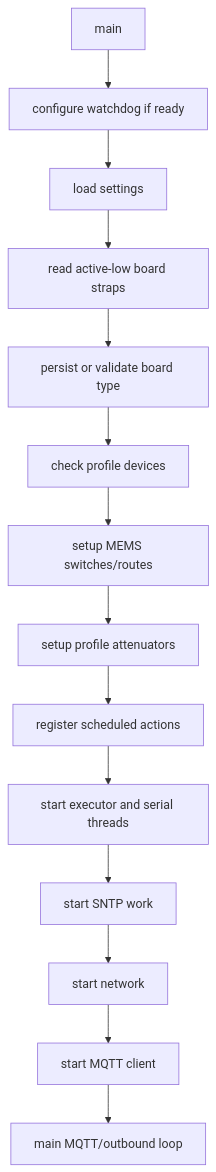
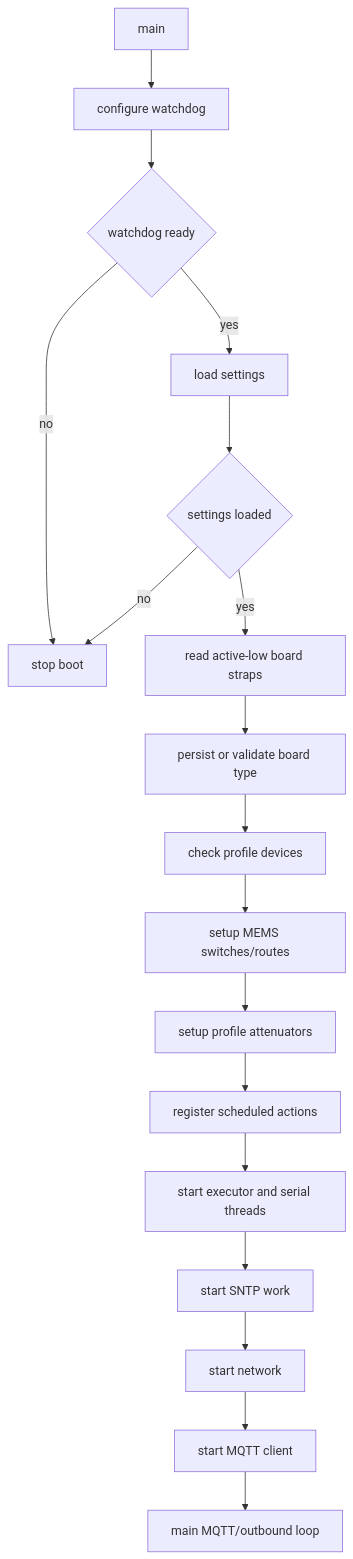
Before and after one commit to COO-Utilities/hispec-tib: the second of 17 diagrams in doc/diagrams.md, drawn with Mermaid. The commit also changed other lines of this file and 21 other files, not shown here.

````diff
--- a/doc/diagrams.md
+++ b/doc/diagrams.md
@@ -38,16 +38,20 @@
 ```mermaid
 flowchart TD
-  Start[main] --> Watchdog[configure watchdog if ready]
-  Watchdog --> Load[load settings]
-  Load --> Straps[read active-low board straps]
+  Start[main] --> Watchdog[configure watchdog]
+  Watchdog --> WdogOK{watchdog ready}
+  WdogOK -- no --> Stop[stop boot]
+  WdogOK -- yes --> Load[load settings]
+  Load --> SettingsOK{settings loaded}
+  SettingsOK -- no --> Stop
+  SettingsOK -- yes --> Straps[read active-low board straps]
   Straps --> PersistBoard[persist or validate board type]
   PersistBoard --> DevicesReady[check profile devices]
   DevicesReady --> Router[setup MEMS switches/routes]
   Router --> Attens[setup profile attenuators]
   Attens --> Runtime[register scheduled actions]
   Runtime --> Threads[start executor and serial threads]
   Threads --> SNTP[start SNTP work]
   SNTP --> Network[start network]
   Network --> MQTTInit[start MQTT client]
   MQTTInit --> Loop[main MQTT/outbound loop]
 ```
````
